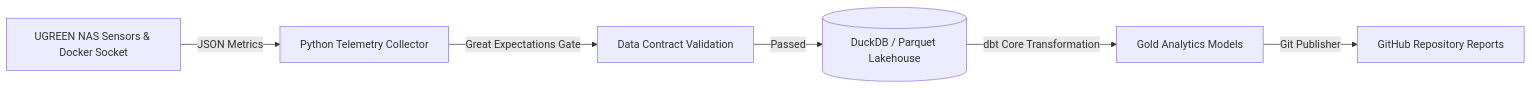
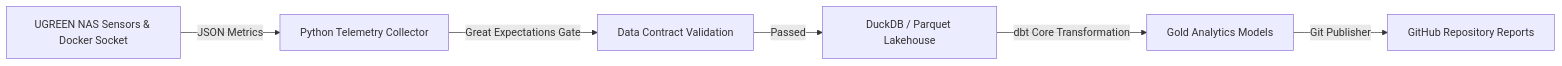
One commit to siddharthsbhadauria/auto-datapulse changed the diagram in README.md. Above: the diagram before and after it, drawn with Mermaid.

Commit message:
fix: clean up Mermaid diagram node brackets syntax in README.md

````diff
--- a/README.md
+++ b/README.md
@@ -11,8 +11,8 @@
 ```mermaid
 flowchart LR
     A["UGREEN NAS Sensors & Docker Socket"] -->|JSON Metrics| B["Python Telemetry Collector"]
     B -->|Great Expectations Gate| C["Data Contract Validation"]
-    C -->|Passed| D[("DuckDB / Parquet Lakehouse")]
+    C -->|Passed| D["DuckDB / Parquet Lakehouse"]
     D -->|dbt Core Transformation| E["Gold Analytics Models"]
     E -->|Git Publisher| F["GitHub Repository Reports"]
 ```
````
